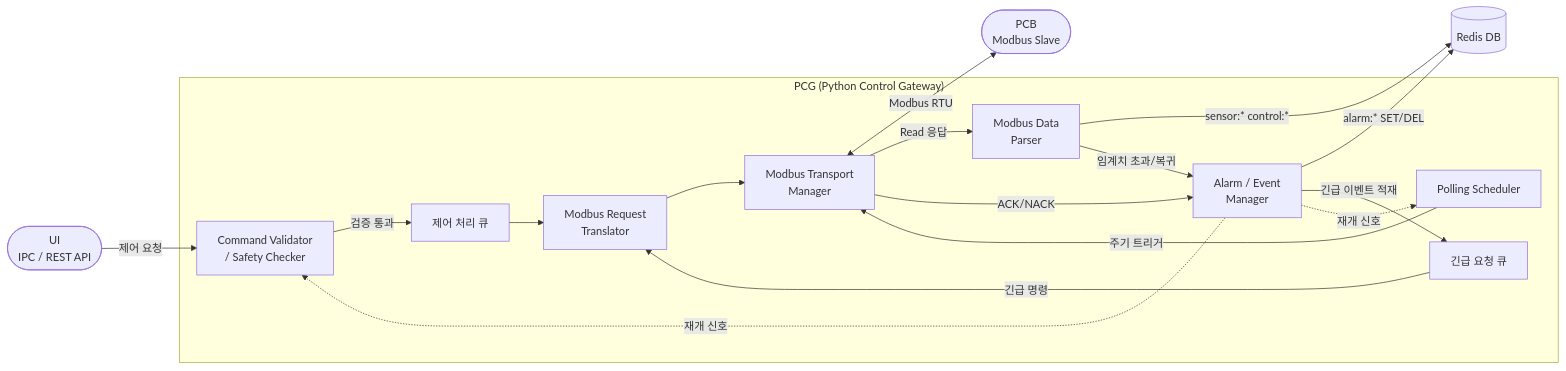
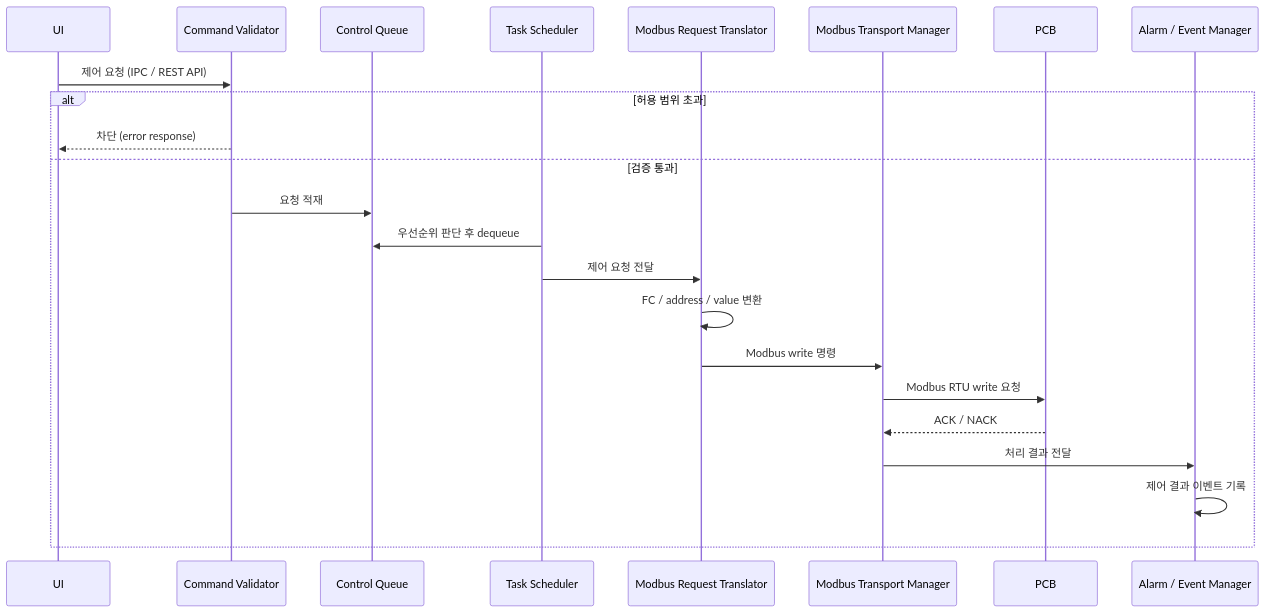
The second of 3 diagrams in docs/PCG.md (DEEPGadget/L2A_CDU_system), drawn with Mermaid before and after one commit. The commit also changed other lines of this file and 1 other file, not shown here.

````diff
--- a/docs/PCG.md
+++ b/docs/PCG.md
@@ -18,34 +128,26 @@
 ```mermaid
-graph LR
-    UI(["UI\nIPC / REST API"])
+sequenceDiagram
+    participant UI as UI
+    participant CV as Command Validator
+    participant CQ as Control Queue
+    participant TS as Task Scheduler
+    participant MRT as Modbus Request Translator
+    participant MTM as Modbus Transport Manager
+    participant PCB as PCB
+    participant AEM as Alarm / Event Manager
 
-    subgraph PCG["PCG (Python Control Gateway)"]
-        CV["Command Validator\n/ Safety Checker"]
-        PS["Polling Scheduler"]
-        CQ["제어 처리 큐"]
-        EQ["긴급 요청 큐"]
-        MRT["Modbus Request\nTranslator"]
-        MTM["Modbus Transport\nManager"]
-        MDP["Modbus Data\nParser"]
-        AEM["Alarm / Event\nManager"]
+    UI->>CV: 제어 요청 (IPC / REST API)
+    alt 허용 범위 초과
+        CV-->>UI: 차단 (error response)
+    else 검증 통과
+        CV->>CQ: 요청 적재
+        TS->>CQ: 우선순위 판단 후 dequeue
+        TS->>MRT: 제어 요청 전달
+        MRT->>MRT: FC / address / value 변환
+        MRT->>MTM: Modbus write 명령
+        MTM->>PCB: Modbus RTU write 요청
+        PCB-->>MTM: ACK / NACK
+        MTM->>AEM: 처리 결과 전달
+        AEM->>AEM: 제어 결과 이벤트 기록
     end
-
-    PCB(["PCB\nModbus Slave"])
-    Redis[("Redis DB")]
-
-    UI -->|"제어 요청"| CV
-    CV -->|"검증 통과"| CQ
-    PS -->|"주기 트리거"| MTM
-    CQ --> MRT
-    EQ -->|"긴급 명령"| MRT
-    MRT --> MTM
-    MTM <-->|"Modbus RTU"| PCB
-    MTM -->|"Read 응답"| MDP
-    MTM -->|"ACK/NACK"| AEM
-    MDP -->|"sensor:* control:*"| Redis
-    MDP -->|"임계치 초과/복귀"| AEM
-    AEM -->|"alarm:* SET/DEL"| Redis
-    AEM -->|"긴급 이벤트 적재"| EQ
-    AEM -.->|"재개 신호"| PS
-    AEM -.->|"재개 신호"| CV
 ```
````
